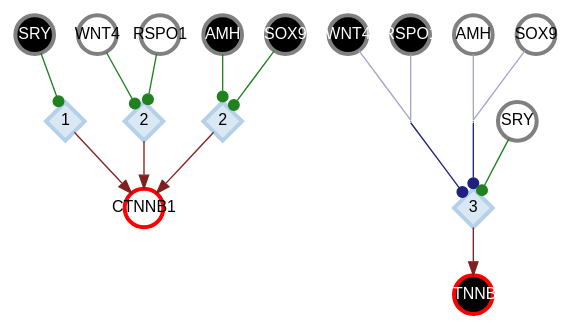
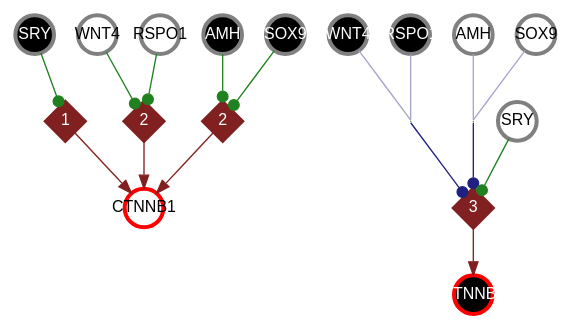
Before and after one commit to CASCI-lab/CANA: the diagram in dev/logs/cm_roundtrip_figures/hand_CTNNB1.gv, drawn with Graphviz. The commit also changed 7 other files, not shown here.

```diff
--- a/dev/logs/cm_roundtrip_figures/hand_CTNNB1.gv
+++ b/dev/logs/cm_roundtrip_figures/hand_CTNNB1.gv
@@ -1,39 +1,39 @@
 digraph {
 	graph [overlap=false]
 	node [color=gray fixedsize=true fontcolor=black fontname=helvetica fontsize=12 penwidth=3 shape=circle style=filled width=.4]
 	edge [arrowhead=dot arrowsize=1 color=gray]
 	"var-0-out-0" [label=CTNNB1 color=red fillcolor=white fontcolor=black]
 	"var-0-out-1" [label=CTNNB1 color=red fillcolor=black fontcolor=white]
-	"thr-0" [label=1 color="#b5d1e9" fillcolor="#dae8f4" fontcolor=black height=.4 shape=diamond style="filled,solid" width=.4]
-	"thr-1" [label=2 color="#b5d1e9" fillcolor="#dae8f4" fontcolor=black height=.4 shape=diamond style="filled,solid" width=.4]
-	"thr-2" [label=2 color="#b5d1e9" fillcolor="#dae8f4" fontcolor=black height=.4 shape=diamond style="filled,solid" width=.4]
+	"thr-0" [label=1 color="#812020" fillcolor="#812020" fontcolor=white height=.4 shape=diamond style="filled,solid" width=.4]
+	"thr-1" [label=2 color="#812020" fillcolor="#812020" fontcolor=white height=.4 shape=diamond style="filled,solid" width=.4]
+	"thr-2" [label=2 color="#812020" fillcolor="#812020" fontcolor=white height=.4 shape=diamond style="filled,solid" width=.4]
 	"var-1-out-1" [label=SRY color=gray fillcolor=black fontcolor=white]
 	"var-2-out-0" [label=WNT4 color=gray fillcolor=white fontcolor=black]
 	"var-3-out-0" [label=RSPO1 color=gray fillcolor=white fontcolor=black]
 	"var-4-out-1" [label=AMH color=gray fillcolor=black fontcolor=white]
 	"var-5-out-1" [label=SOX9 color=gray fillcolor=black fontcolor=white]
-	"thr-3" [label=3 color="#b5d1e9" fillcolor="#dae8f4" fontcolor=black height=.4 shape=diamond style="filled,solid" width=.4]
+	"thr-3" [label=3 color="#812020" fillcolor="#812020" fontcolor=white height=.4 shape=diamond style="filled,solid" width=.4]
 	"fus-0" [label="" height=0 margin=0 shape=none width=0]
 	"fus-1" [label="" height=0 margin=0 shape=none width=0]
 	"var-1-out-0" [label=SRY color=gray fillcolor=white fontcolor=black]
 	"var-2-out-1" [label=WNT4 color=gray fillcolor=black fontcolor=white]
 	"var-3-out-1" [label=RSPO1 color=gray fillcolor=black fontcolor=white]
 	"var-4-out-0" [label=AMH color=gray fillcolor=white fontcolor=black]
 	"var-5-out-0" [label=SOX9 color=gray fillcolor=white fontcolor=black]
 	"thr-0" -> "var-0-out-0" [arrowhead=normal color="#812020"]
 	"thr-1" -> "var-0-out-0" [arrowhead=normal color="#812020"]
 	"thr-2" -> "var-0-out-0" [arrowhead=normal color="#812020"]
 	"var-1-out-1" -> "thr-0" [arrowhead=dot color="#208120"]
 	"var-2-out-0" -> "thr-1" [arrowhead=dot color="#208120"]
 	"var-3-out-0" -> "thr-1" [arrowhead=dot color="#208120"]
 	"var-4-out-1" -> "thr-2" [arrowhead=dot color="#208120"]
 	"var-5-out-1" -> "thr-2" [arrowhead=dot color="#208120"]
 	"thr-3" -> "var-0-out-1" [arrowhead=normal color="#812020"]
 	"fus-0" -> "thr-3" [arrowhead=dot color="#202081"]
 	"fus-1" -> "thr-3" [arrowhead=dot color="#202081"]
 	"var-1-out-0" -> "thr-3" [arrowhead=dot color="#208120"]
 	"var-2-out-1" -> "fus-0" [arrowhead=none color="#a5a5cc"]
 	"var-3-out-1" -> "fus-0" [arrowhead=none color="#a5a5cc"]
 	"var-4-out-0" -> "fus-1" [arrowhead=none color="#a5a5cc"]
 	"var-5-out-0" -> "fus-1" [arrowhead=none color="#a5a5cc"]
 }
```
